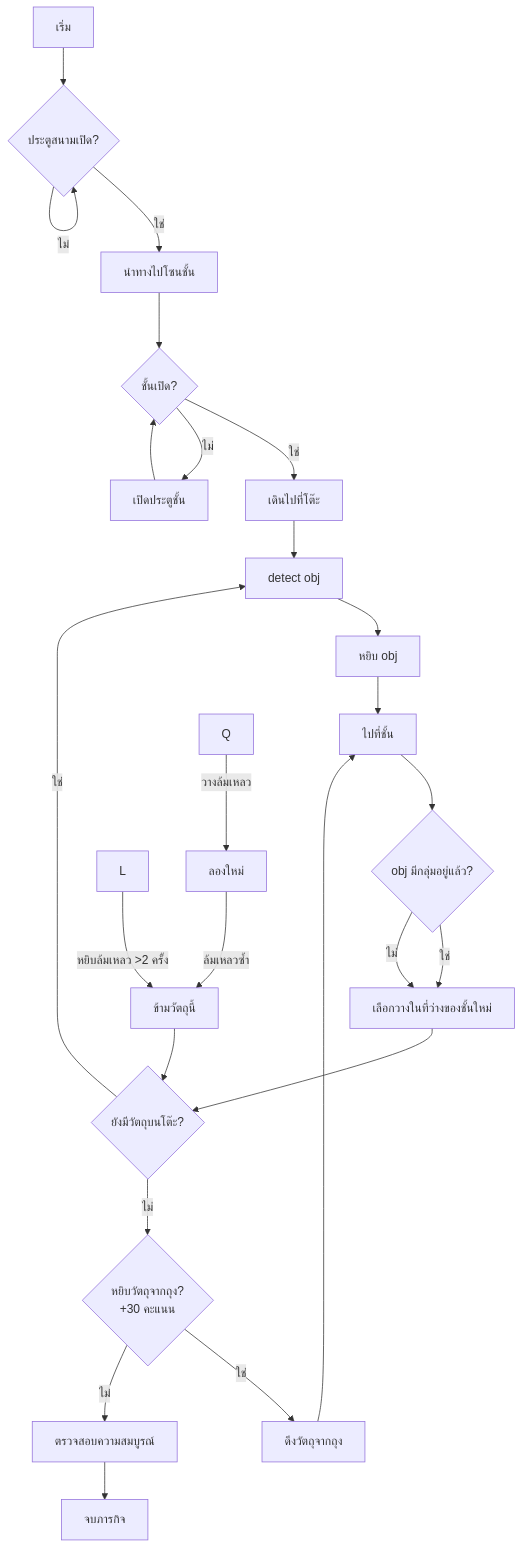
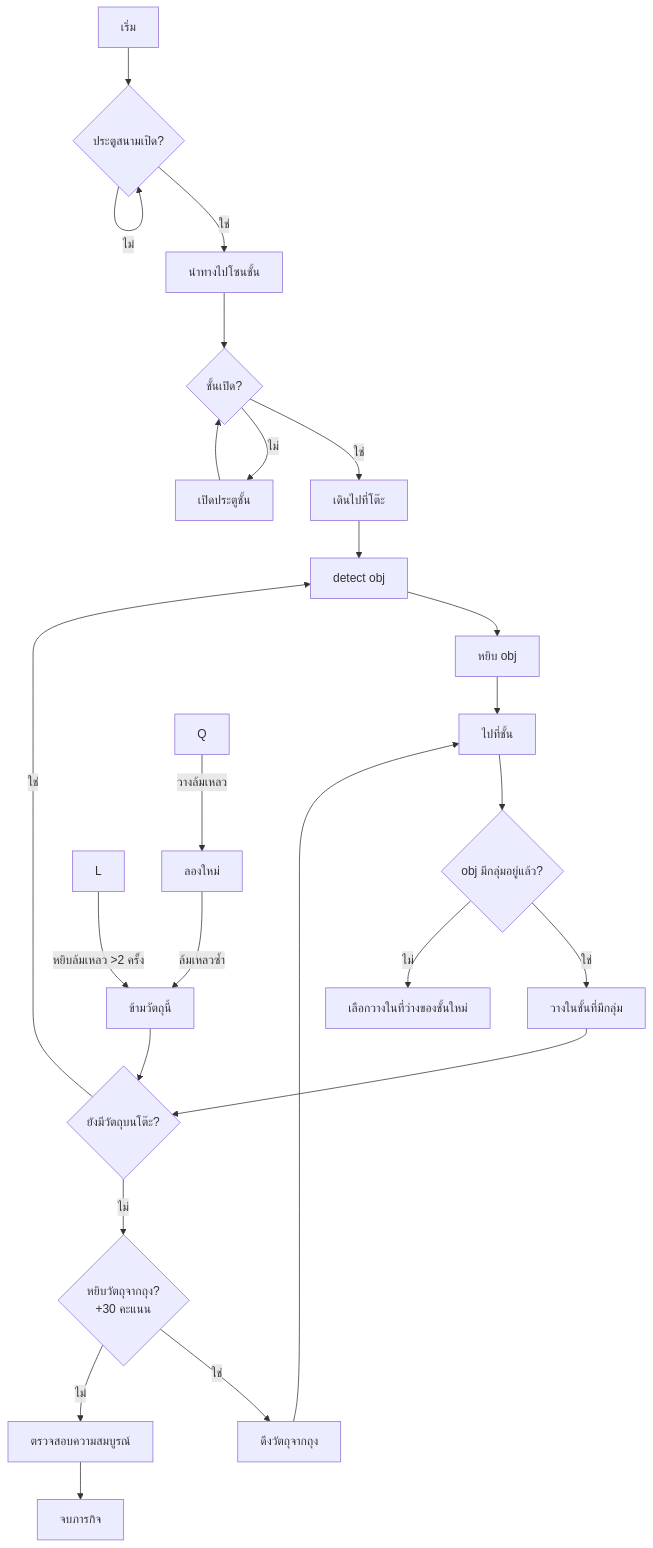
One commit to NapatzZ/state-robocup changed the diagram in StoringGroceries.md. Above: the diagram before and after it, drawn with Mermaid.

````diff
--- a/StoringGroceries.md
+++ b/StoringGroceries.md
@@ -1,35 +1,35 @@
 ```mermaid
 flowchart TD
     A[เริ่ม] --> B{ประตูสนามเปิด?}
     B -->|ใช่| C[นำทางไปโซนชั้น]
     B -->|ไม่| B
     
     C --> D{ชั้นเปิด?}
     D -->|ใช่| E[เดินไปที่โต๊ะ]
     D -->|ไม่| F[เปิดประตูชั้น]
     F --> D
     
     E --> G[detect obj]
     G --> PP[หยิบ obj]
     PP --> H[ไปที่ชั้น]
     H --> I{obj มีกลุ่มอยู่แล้ว?}
     I -->|ใช่| U[วางในชั้นที่มีกลุ่ม]
-    I -->|ไม่| U[เลือกวางในที่ว่างของชั้นใหม่]
+    I -->|ไม่| KK[เลือกวางในที่ว่างของชั้นใหม่]
     
     
     U --> V{ยังมีวัตถุบนโต๊ะ?}
     V -->|ใช่| G
     V -->|ไม่| W{หยิบวัตถุจากถุง? \n +30 คะแนน}
     
     W -->|ใช่| X[ดึงวัตถุจากถุง]
     X --> H
     W -->|ไม่| Y[ตรวจสอบความสมบูรณ์]
     
     Y --> Z[จบภารกิจ]
     
     %% Error handling
     L -->|หยิบล้มเหลว >2 ครั้ง| L1[ข้ามวัตถุนี้]
     L1 --> V
     Q -->|วางล้มเหลว| Q1[ลองใหม่]
     Q1 -->|ล้มเหลวซ้ำ| L1
 ```
````
